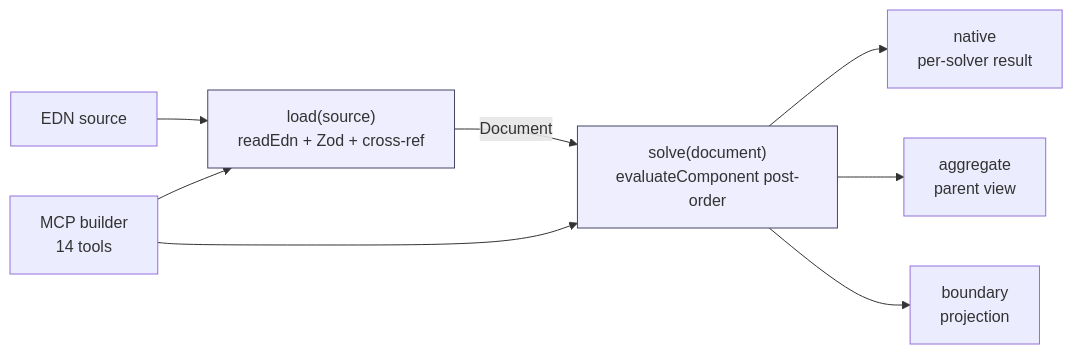
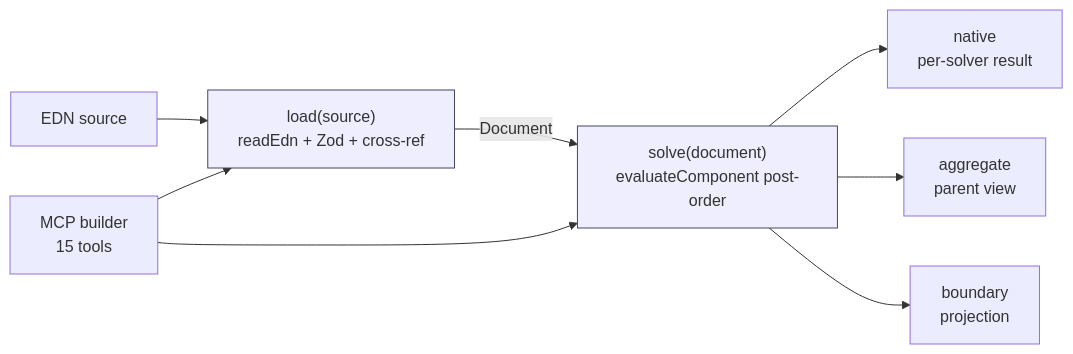
Before and after one commit to kellenff/argdown-2: the diagram in README.md, drawn with Mermaid. The commit also changed other lines of this file and 1 other file, not shown here.

Commit message:
docs: correct Mermaid API and MCP counts

````diff
--- a/README.md
+++ b/README.md
@@ -73,14 +74,14 @@
 ```mermaid
 flowchart LR
   src["EDN source"] --> load["load(source)<br/>readEdn + Zod + cross-ref"]
   load -->|Document| solve["solve(document)<br/>evaluateComponent post-order"]
   solve --> native["native<br/>per-solver result"]
   solve --> aggregate["aggregate<br/>parent view"]
   solve --> boundary["boundary<br/>projection"]
 
-  mcp["MCP builder<br/>14 tools"] --> load
+  mcp["MCP builder<br/>15 tools"] --> load
   mcp --> solve
 
   classDef pure fill:#eef,stroke:#446
   class load,solve pure
 ```
````
